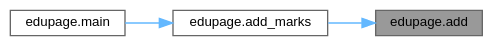
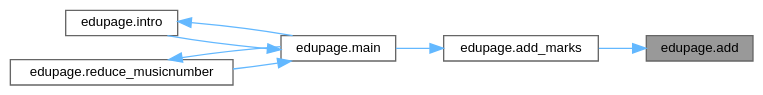
Before and after one commit to GrenManSK/ZnamE: the diagram in rtf/d0/d52/namespaceedupage_af8155c1c90674d76615b11b6d0c5c8ba_icgraph.dot, drawn with Graphviz. The commit also changed 379 other files, not shown here.

```diff
--- a/rtf/d0/d52/namespaceedupage_af8155c1c90674d76615b11b6d0c5c8ba_icgraph.dot
+++ b/rtf/d0/d52/namespaceedupage_af8155c1c90674d76615b11b6d0c5c8ba_icgraph.dot
@@ -1,13 +1,19 @@
 digraph "edupage.add"
 {
  // LATEX_PDF_SIZE
   bgcolor="transparent";
   edge [fontname=Helvetica,fontsize=10,labelfontname=Helvetica,labelfontsize=10];
   node [fontname=Helvetica,fontsize=10,shape=box,height=0.2,width=0.4];
   rankdir="RL";
   Node1 [label="edupage.add",height=0.2,width=0.4,color="gray40", fillcolor="grey60", style="filled", fontcolor="black",tooltip=" "];
   Node1 -> Node2 [dir="back",color="steelblue1",style="solid"];
   Node2 [label="edupage.add_marks",height=0.2,width=0.4,color="grey40", fillcolor="white", style="filled",URL="$d0/d52/namespaceedupage.html#a9d8a9e9e0972b929f85d5e9bdb2b0107",tooltip=" "];
   Node2 -> Node3 [dir="back",color="steelblue1",style="solid"];
   Node3 [label="edupage.main",height=0.2,width=0.4,color="grey40", fillcolor="white", style="filled",URL="$d0/d52/namespaceedupage.html#a187508ee0d9f19d584a130cc5cba0c27",tooltip=" "];
+  Node3 -> Node4 [dir="back",color="steelblue1",style="solid"];
+  Node4 [label="edupage.intro",height=0.2,width=0.4,color="grey40", fillcolor="white", style="filled",URL="$d0/d52/namespaceedupage.html#a316dc71e49505324d14deee19eccd566",tooltip=" "];
+  Node4 -> Node3 [dir="back",color="steelblue1",style="solid"];
+  Node3 -> Node5 [dir="back",color="steelblue1",style="solid"];
+  Node5 [label="edupage.reduce_musicnumber",height=0.2,width=0.4,color="grey40", fillcolor="white", style="filled",URL="$d0/d52/namespaceedupage.html#a11c2d421fc103b70ae07e919a3929cd8",tooltip=" "];
+  Node5 -> Node3 [dir="back",color="steelblue1",style="solid"];
 }
```
